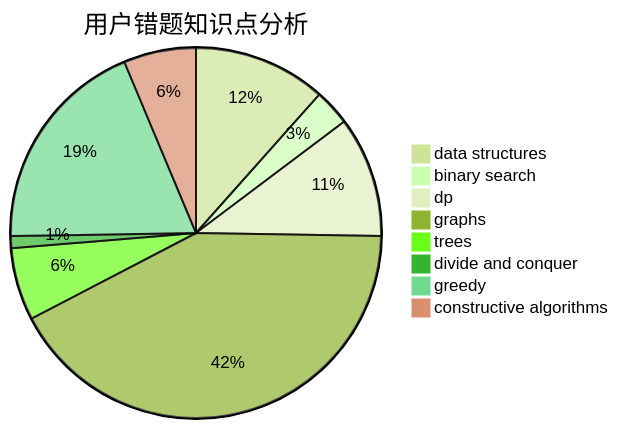
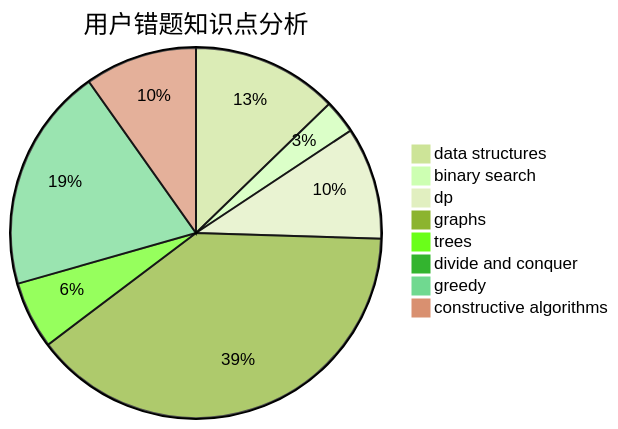
Before and after one commit to sherpahu/cfrs.github.io: the third of 3 diagrams in docs/user/u903.md, drawn with Mermaid (forest theme). The commit also changed other lines of this file and 2770 other files, not shown here.

````diff
--- a/docs/user/u903.md
+++ b/docs/user/u903.md
@@ -36,11 +36,11 @@
 ```mermaid
 pie title 用户错题知识点分析
-    "data structures" :  11
+    "data structures" :  13
     "binary search" :  3
     "dp" :  10
     "graphs" :  40
     "trees" :  6
     "divide and conquer" :  1
-    "greedy" :  18
-    "constructive algorithms" :  6
+    "greedy" :  20
+    "constructive algorithms" :  10
 ```
````
